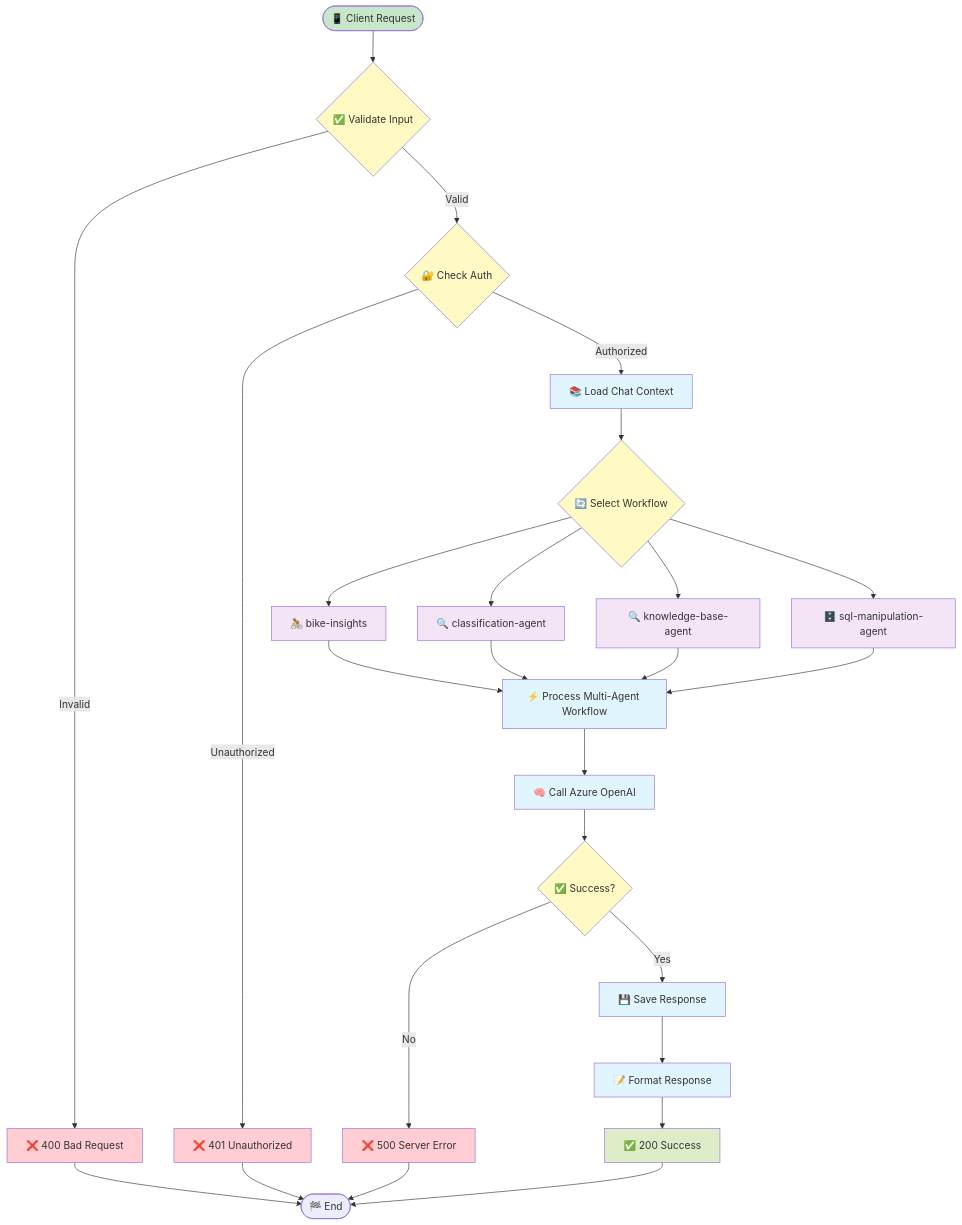
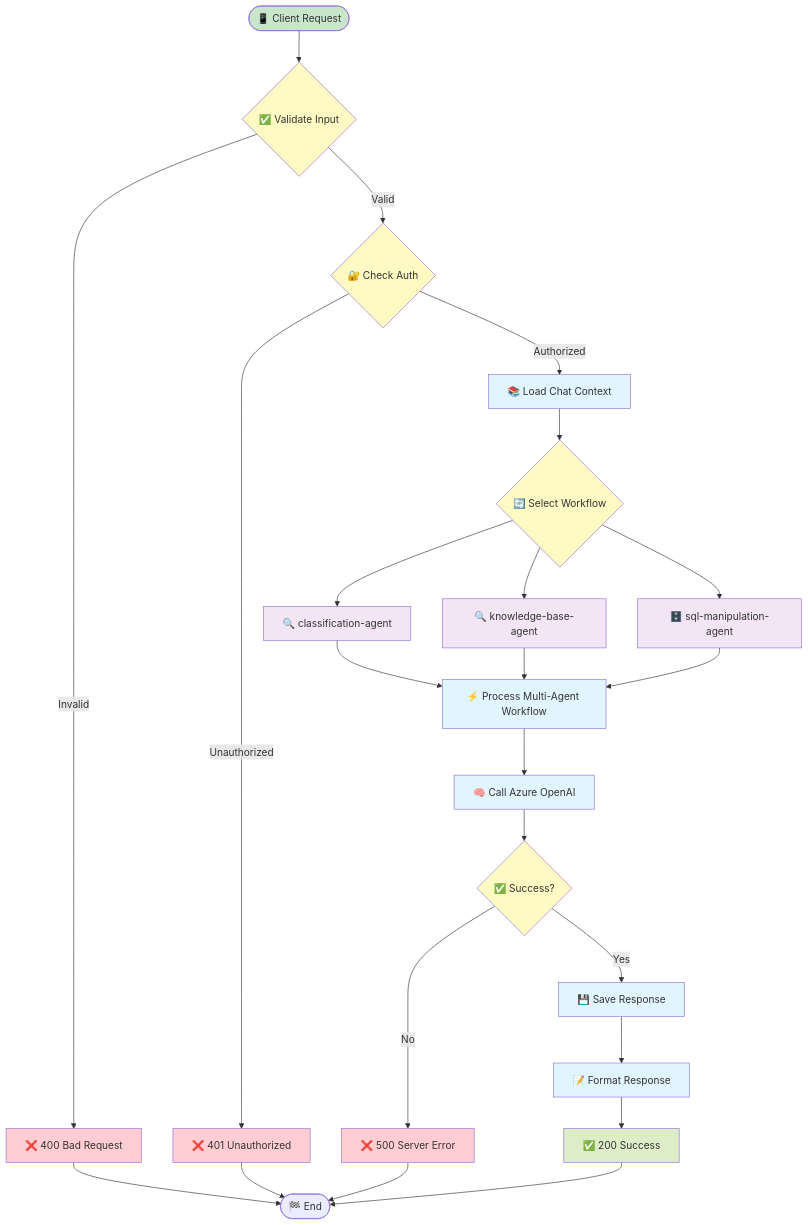
Before and after one commit to the-ingenious-dark-knight/Insight_Ingenious: the fourth of 6 diagrams in docs/api/README.md, drawn with Mermaid. The commit also changed other lines of this file and 3 other files, not shown here.

Commit message:
fix: Update API documentation to correct endpoint references and improve agent workflow descriptions

````diff
--- a/docs/api/README.md
+++ b/docs/api/README.md
@@ -158,48 +155,46 @@
 ```mermaid
 flowchart TD
     START([📱 Client Request]) --> VALIDATE{✅ Validate Input}
     VALIDATE -->|Valid| AUTH{🔐 Check Auth}
     VALIDATE -->|Invalid| ERROR_400[❌ 400 Bad Request]
 
     AUTH -->|Authorized| LOAD_CONTEXT[📚 Load Chat Context]
     AUTH -->|Unauthorized| ERROR_401[❌ 401 Unauthorized]
 
     LOAD_CONTEXT --> SELECT_WORKFLOW{🔄 Select Workflow}
-    SELECT_WORKFLOW --> BIKE_INSIGHTS[🚴 bike-insights]
     SELECT_WORKFLOW --> CLASSIFICATION[🔍 classification-agent]
     SELECT_WORKFLOW --> KNOWLEDGE_BASE[🔍 knowledge-base-agent]
     SELECT_WORKFLOW --> SQL_AGENT[🗄️ sql-manipulation-agent]
 
-    BIKE_INSIGHTS --> PROCESS_MESSAGE[⚡ Process Multi-Agent Workflow]
-    CLASSIFICATION --> PROCESS_MESSAGE
+    CLASSIFICATION --> PROCESS_MESSAGE[⚡ Process Multi-Agent Workflow]
     KNOWLEDGE_BASE --> PROCESS_MESSAGE
     SQL_AGENT --> PROCESS_MESSAGE
 
     PROCESS_MESSAGE --> LLM_CALL[🧠 Call Azure OpenAI]
     LLM_CALL --> SUCCESS{✅ Success?}
 
     SUCCESS -->|Yes| SAVE_RESPONSE[💾 Save Response]
     SUCCESS -->|No| ERROR_500[❌ 500 Server Error]
 
     SAVE_RESPONSE --> FORMAT_RESPONSE[📝 Format Response]
     FORMAT_RESPONSE --> RETURN_200[✅ 200 Success]
 
     ERROR_400 --> END([🏁 End])
     ERROR_401 --> END
     ERROR_500 --> END
     RETURN_200 --> END
 
     classDef start fill:#c8e6c9
     classDef process fill:#e1f5fe
     classDef decision fill:#fff9c4
     classDef workflow fill:#f3e5f5
     classDef success fill:#dcedc8
     classDef error fill:#ffcdd2
 
     class START start
     class LOAD_CONTEXT,PROCESS_MESSAGE,LLM_CALL,SAVE_RESPONSE,FORMAT_RESPONSE process
     class VALIDATE,AUTH,SELECT_WORKFLOW,SUCCESS decision
     class BIKE_INSIGHTS,CLASSIFICATION,KNOWLEDGE_BASE,SQL_AGENT workflow
     class RETURN_200 success
     class ERROR_400,ERROR_401,ERROR_500 error
 ```
````
